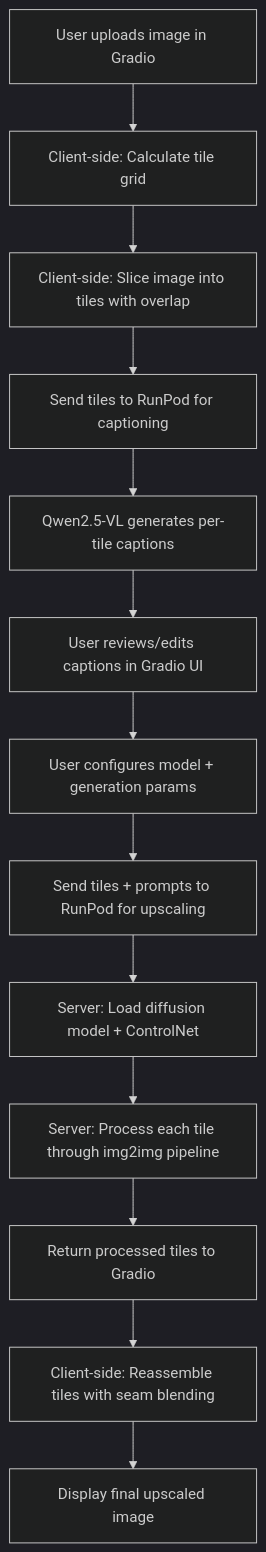
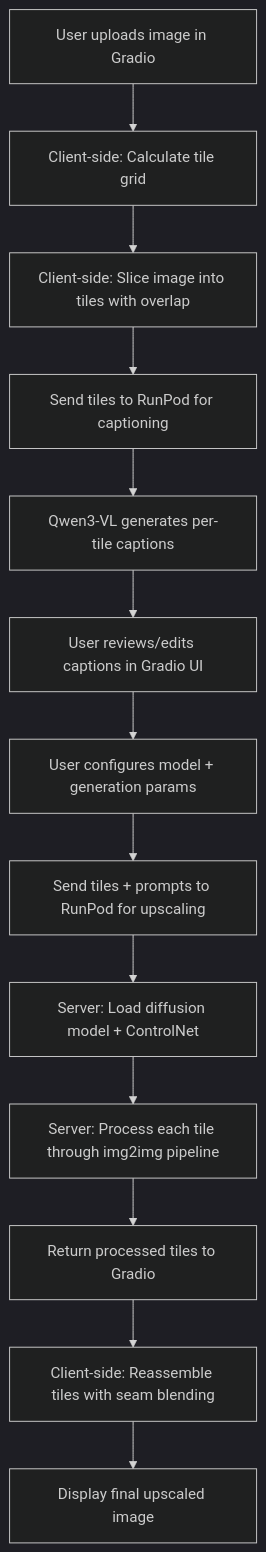
One commit to Coyote-A/ai-assets-toolbox changed the third of 5 diagrams in docs/ARCHITECTURE.md. Above: the diagram before and after it, drawn with Mermaid (dark theme). The commit also changed other lines of this file and 9 other files, not shown here.

````diff
--- a/docs/ARCHITECTURE.md
+++ b/docs/ARCHITECTURE.md
@@ -365,15 +365,15 @@
 ```mermaid
 flowchart TD
     A[User uploads image in Gradio] --> B[Client-side: Calculate tile grid]
     B --> C[Client-side: Slice image into tiles with overlap]
     C --> D[Send tiles to RunPod for captioning]
-    D --> E[Qwen2.5-VL generates per-tile captions]
+    D --> E[Qwen3-VL generates per-tile captions]
     E --> F[User reviews/edits captions in Gradio UI]
     F --> G[User configures model + generation params]
     G --> H[Send tiles + prompts to RunPod for upscaling]
     H --> I[Server: Load diffusion model + ControlNet]
     I --> J[Server: Process each tile through img2img pipeline]
     J --> K[Return processed tiles to Gradio]
     K --> L[Client-side: Reassemble tiles with seam blending]
     L --> M[Display final upscaled image]
 ```
````
